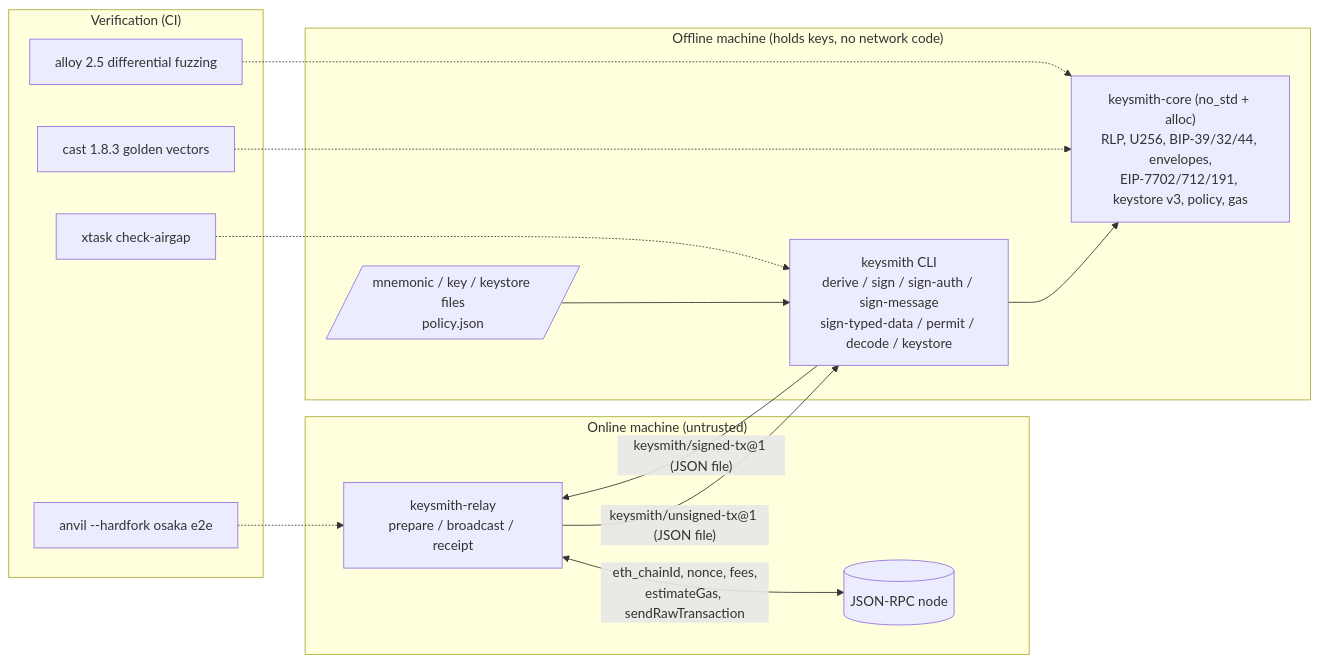
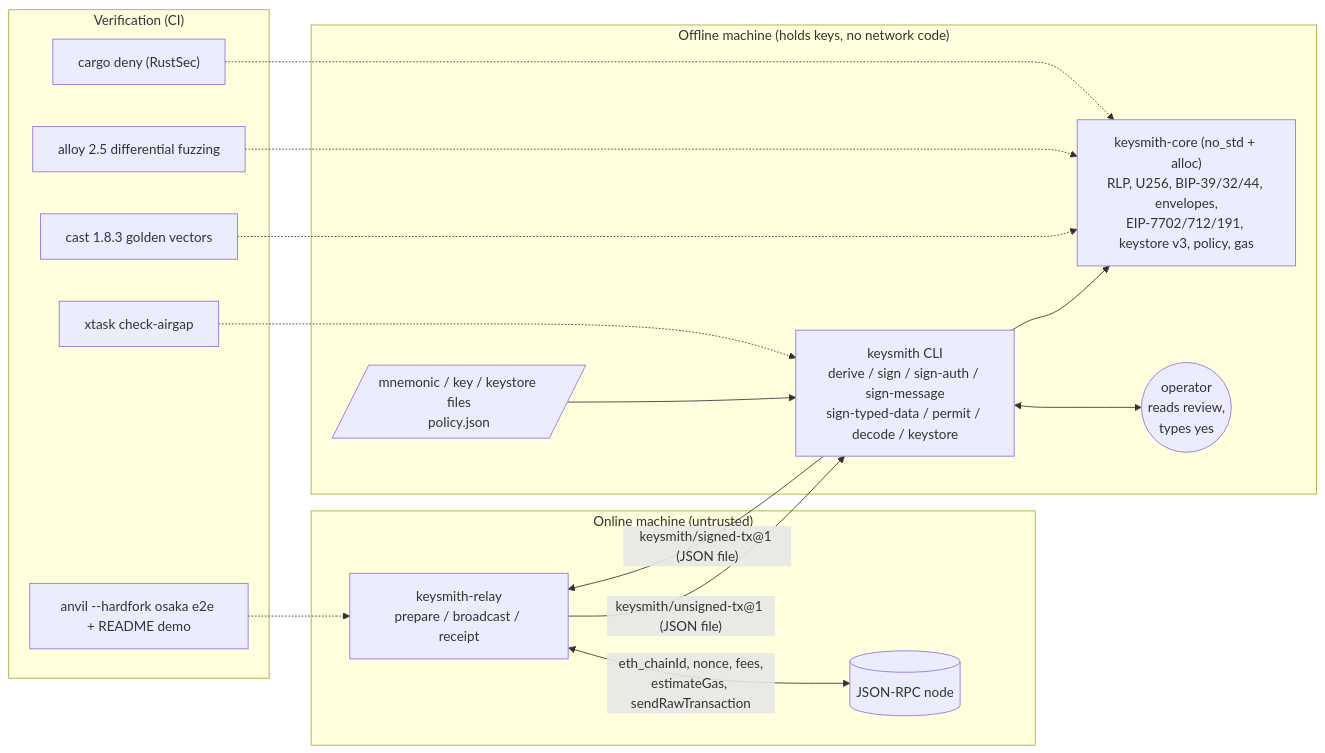
Before and after one commit to monzon1985/blockchain: the diagram in projects/04-keysmith-offline-signer-rs/README.md, drawn with Mermaid. The commit also changed other lines of this file and 32 other files, not shown here.

````diff
--- a/projects/04-keysmith-offline-signer-rs/README.md
+++ b/projects/04-keysmith-offline-signer-rs/README.md
@@ -42,27 +43,31 @@
 ```mermaid
 flowchart LR
     subgraph online["Online machine (untrusted)"]
         node[(JSON-RPC node)]
         relay["keysmith-relay<br/>prepare / broadcast / receipt"]
         relay <-->|eth_chainId, nonce, fees,<br/>estimateGas, sendRawTransaction| node
     end
     subgraph offline["Offline machine (holds keys, no network code)"]
         cli["keysmith CLI<br/>derive / sign / sign-auth / sign-message<br/>sign-typed-data / permit / decode / keystore"]
         core["keysmith-core (no_std + alloc)<br/>RLP, U256, BIP-39/32/44, envelopes,<br/>EIP-7702/712/191, keystore v3, policy, gas"]
         secrets[/"mnemonic / key / keystore files<br/>policy.json"/]
+        operator(("operator<br/>reads review,<br/>types yes"))
         cli --> core
         secrets --> cli
+        cli <--> operator
     end
     relay -- "keysmith/unsigned-tx@1 (JSON file)" --> cli
     cli -- "keysmith/signed-tx@1 (JSON file)" --> relay
     subgraph proof["Verification (CI)"]
         cast["cast 1.8.3 golden vectors"]
         alloy["alloy 2.5 differential fuzzing"]
-        anvil["anvil --hardfork osaka e2e"]
+        anvil["anvil --hardfork osaka e2e + README demo"]
         airgap["xtask check-airgap"]
+        deny["cargo deny (RustSec)"]
     end
     cast -.-> core
     alloy -.-> core
     anvil -.-> relay
     airgap -.-> cli
+    deny -.-> core
 ```
````
